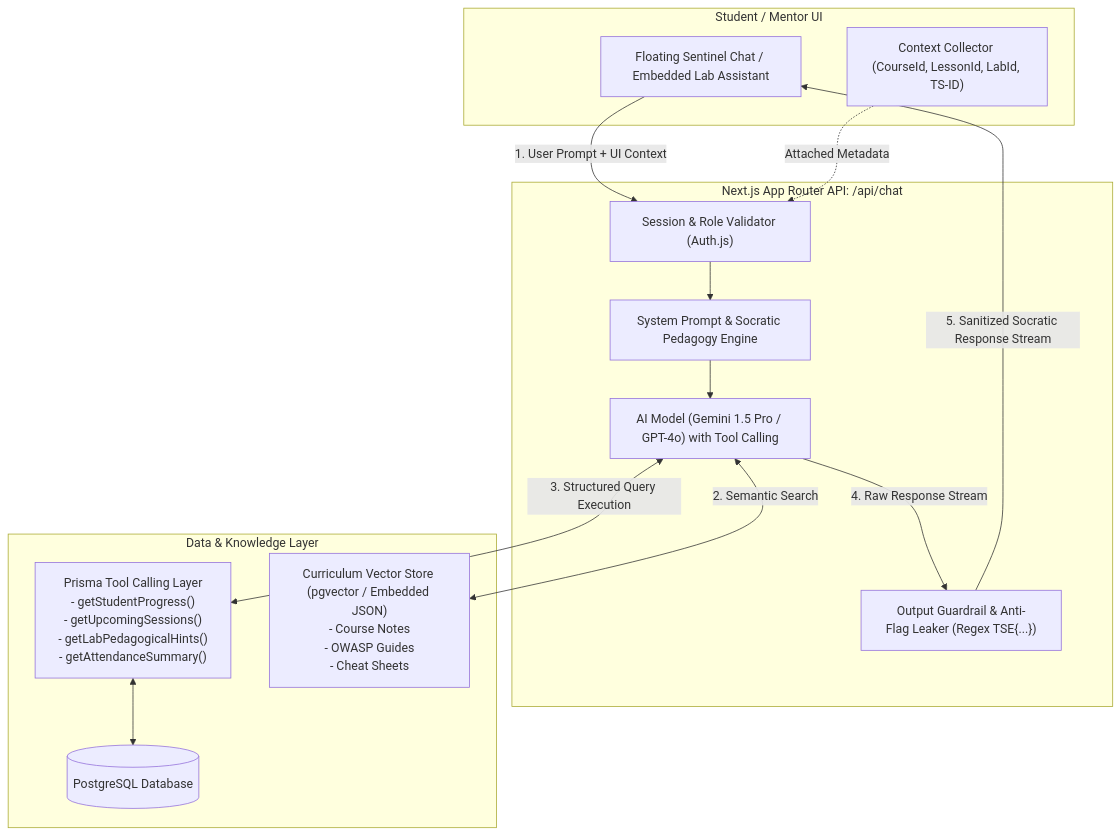
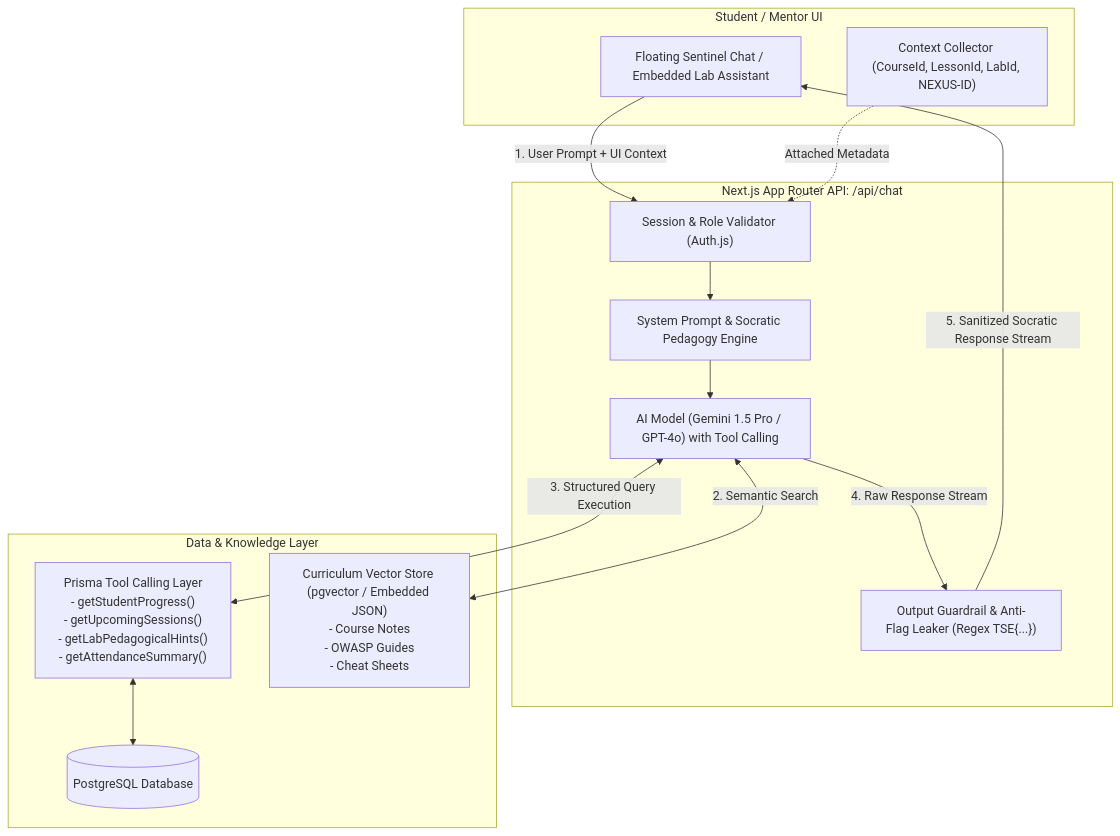
The diagram in docs/CHATBOT_STRATEGY_AND_ANALYSIS.md (Kunnalcodes/Edunexus), drawn with Mermaid before and after one commit. The commit also changed 72 other files, not shown here.

````diff
--- a/docs/CHATBOT_STRATEGY_AND_ANALYSIS.md
+++ b/docs/CHATBOT_STRATEGY_AND_ANALYSIS.md
@@ -35,32 +35,32 @@
 ```mermaid
 flowchart TD
     subgraph Client [Student / Mentor UI]
         ChatWidget["Floating Sentinel Chat / Embedded Lab Assistant"]
-        ContextCollector["Context Collector (CourseId, LessonId, LabId, TS-ID)"]
+        ContextCollector["Context Collector (CourseId, LessonId, LabId, NEXUS-ID)"]
     end
 
     subgraph Backend [Next.js App Router API: /api/chat]
         AuthGuard["Session & Role Validator (Auth.js)"]
         PromptEngine["System Prompt & Socratic Pedagogy Engine"]
         AIEngine["AI Model (Gemini 1.5 Pro / GPT-4o) with Tool Calling"]
         GuardrailFilter["Output Guardrail & Anti-Flag Leaker (Regex TSE{...})"]
     end
 
     subgraph ToolsAndData [Data & Knowledge Layer]
         PrismaTools["Prisma Tool Calling Layer\n- getStudentProgress()\n- getUpcomingSessions()\n- getLabPedagogicalHints()\n- getAttendanceSummary()"]
         VectorStore["Curriculum Vector Store (pgvector / Embedded JSON)\n- Course Notes\n- OWASP Guides\n- Cheat Sheets"]
         PostgresDB[(PostgreSQL Database)]
     end
 
     ChatWidget -->|1. User Prompt + UI Context| AuthGuard
     ContextCollector -.->|Attached Metadata| AuthGuard
     AuthGuard --> PromptEngine
     PromptEngine --> AIEngine
 
     AIEngine <-->|2. Semantic Search| VectorStore
     AIEngine <-->|3. Structured Query Execution| PrismaTools
     PrismaTools <--> PostgresDB
 
     AIEngine -->|4. Raw Response Stream| GuardrailFilter
     GuardrailFilter -->|5. Sanitized Socratic Response Stream| ChatWidget
 ```
````
